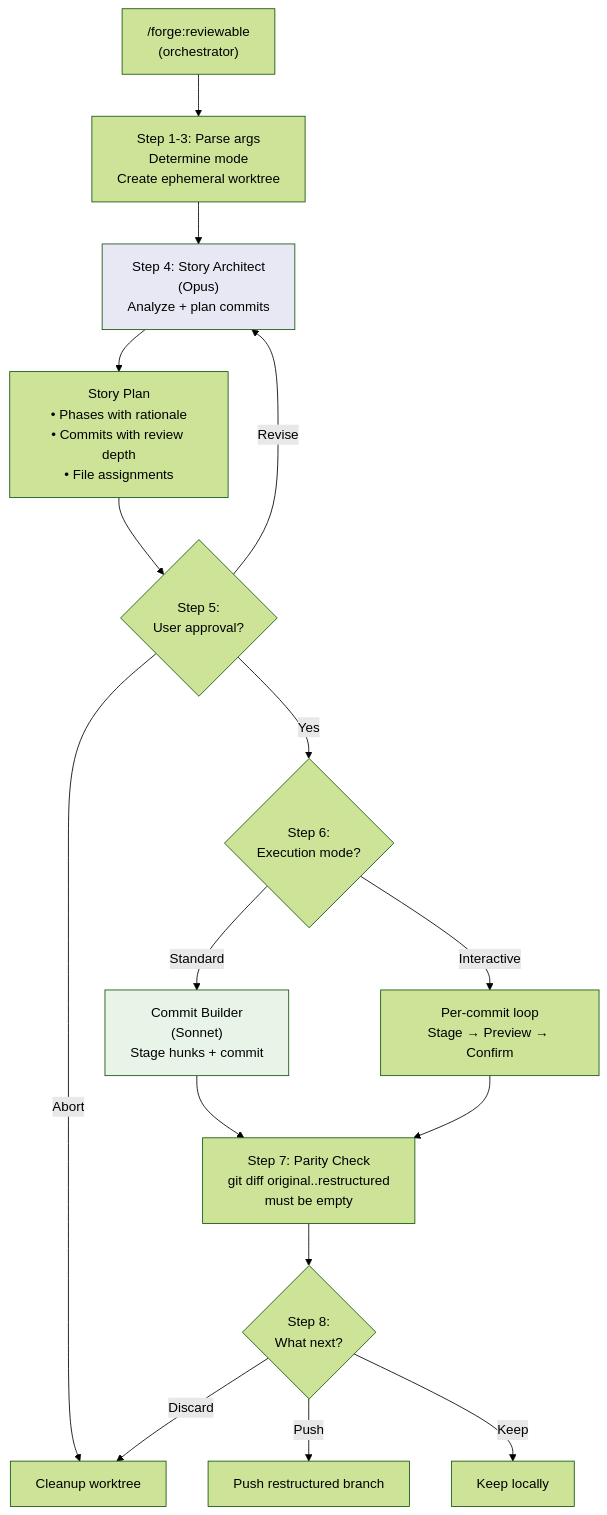
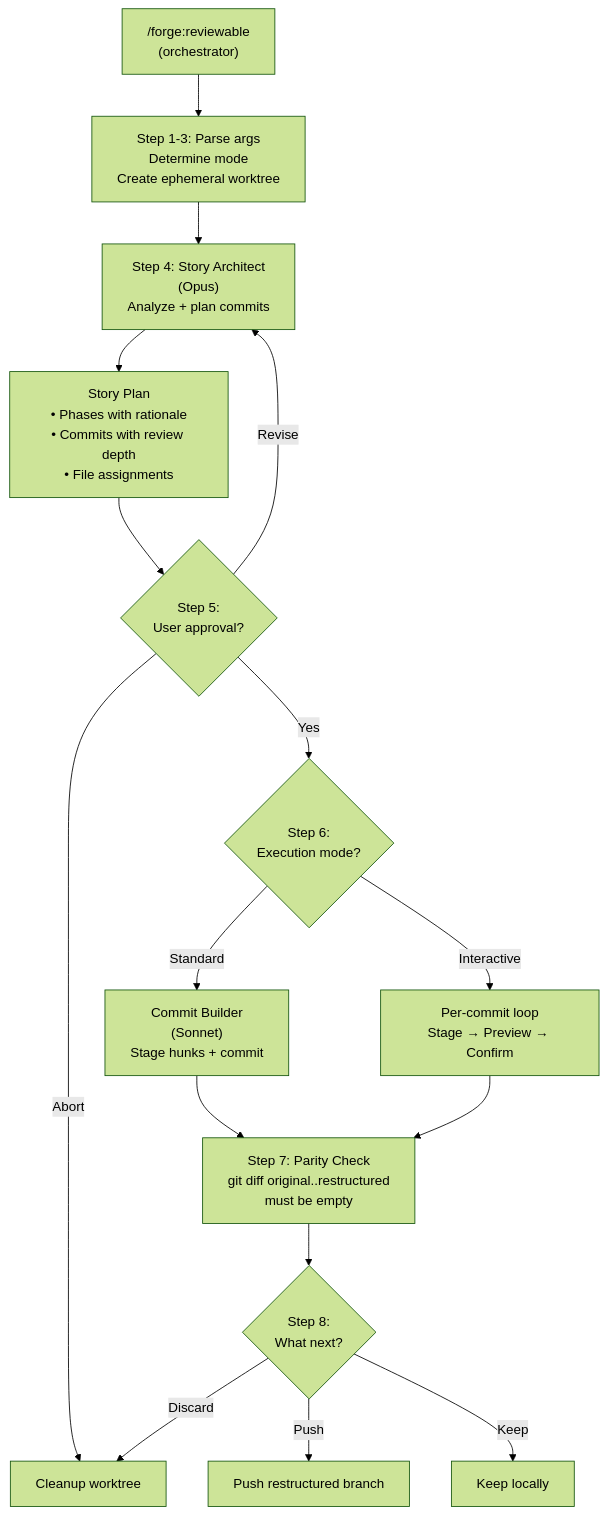
Before and after one commit to flox/forge-plugin: the first of 3 diagrams in docs/commit-workflow.md, drawn with Mermaid (forest theme). The commit also changed 3 other files, not shown here.

First line of the commit message:
fix(docs): replace background fills with distinct shapes in mermaid diagrams

````diff
--- a/docs/commit-workflow.md
+++ b/docs/commit-workflow.md
@@ -58,29 +58,27 @@
 ```mermaid
 flowchart TB
     CMD["/forge:reviewable<br/>(orchestrator)"]
     CMD --> PARSE["Step 1-3: Parse args<br/>Determine mode<br/>Create ephemeral worktree"]
 
     PARSE --> SA["Step 4: Story Architect<br/>(Opus)<br/>Analyze + plan commits"]
 
     SA --> PLAN["Story Plan<br/>• Phases with rationale<br/>• Commits with review depth<br/>• File assignments"]
 
     PLAN --> APPROVE{"Step 5:<br/>User approval?"}
     APPROVE -- "Revise" --> SA
     APPROVE -- "Abort" --> CLEAN["Cleanup worktree"]
     APPROVE -- "Yes" --> EXEC
 
     EXEC{"Step 6:<br/>Execution mode?"}
     EXEC -- "Standard" --> CB["Commit Builder<br/>(Sonnet)<br/>Stage hunks + commit"]
     EXEC -- "Interactive" --> INT["Per-commit loop<br/>Stage → Preview → Confirm"]
 
     CB --> VERIFY["Step 7: Parity Check<br/>git diff original..restructured<br/>must be empty"]
     INT --> VERIFY
 
     VERIFY --> DONE{"Step 8:<br/>What next?"}
     DONE -- "Push" --> PUSH["Push restructured branch"]
     DONE -- "Keep" --> LOCAL["Keep locally"]
     DONE -- "Discard" --> CLEAN
 
-    style SA fill:#e8e8f4
-    style CB fill:#e8f4e8
 ```
````
